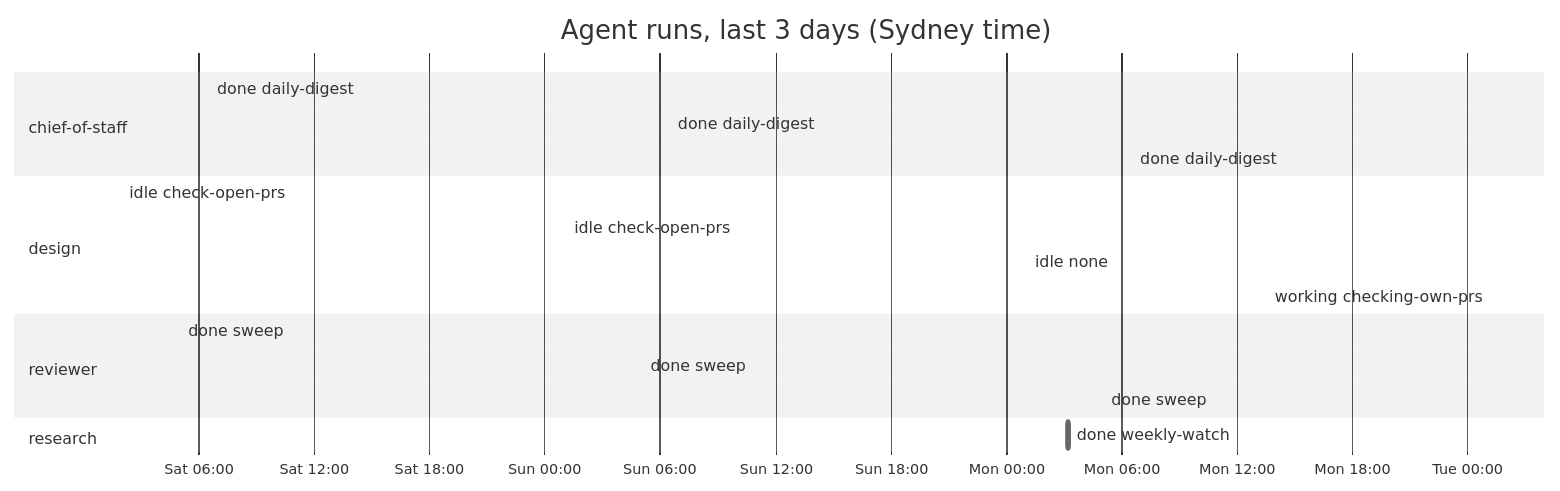
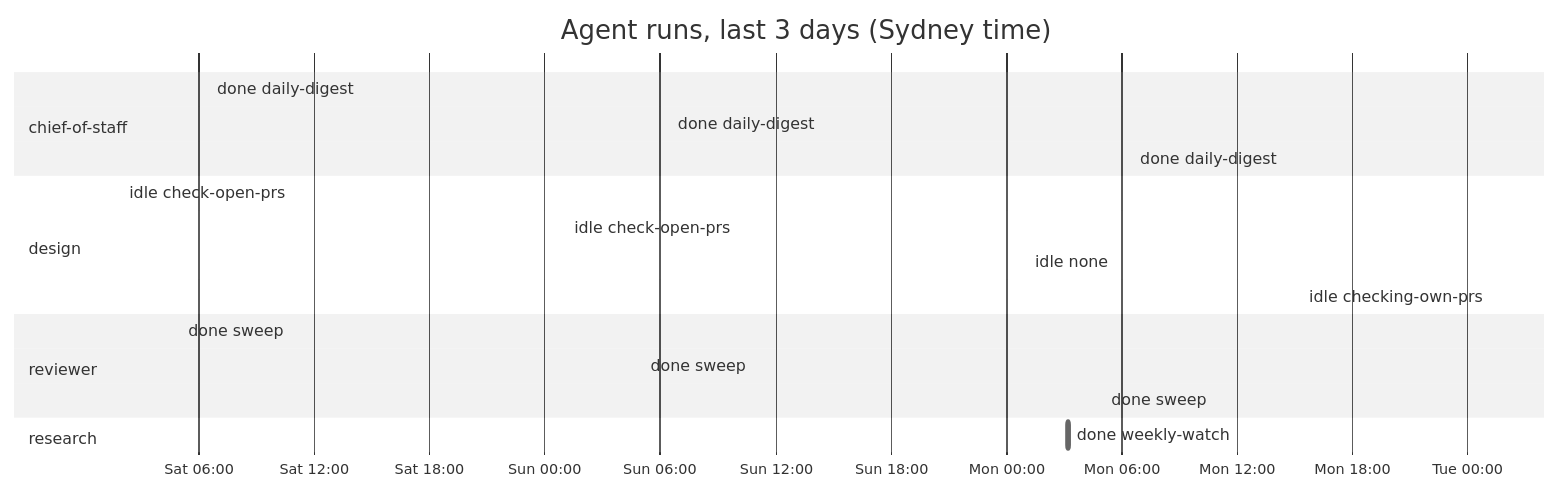
The diagram in dashboard.md (roulmediateam-byte/fifteen-expert-hq), drawn with Mermaid (neutral theme) before and after one commit. The commit also changed other lines of this file and 1 other file, not shown here.

````diff
--- a/dashboard.md
+++ b/dashboard.md
@@ -43,21 +43,21 @@
 ```mermaid
 gantt
     title Agent runs, last 3 days (Sydney time)
     dateFormat YYYY-MM-DD HH:mm
     axisFormat %a %H:%M
     section chief-of-staff
     done daily-digest :done, 2026-11-14 06:35, 2026-11-14 06:36
     done daily-digest :done, 2026-11-15 06:35, 2026-11-15 06:36
     done daily-digest :done, 2026-11-16 06:35, 2026-11-16 06:36
     section design
     idle check-open-prs :done, 2026-11-14 02:01, 2026-11-14 02:02
     idle check-open-prs :done, 2026-11-15 01:08, 2026-11-15 01:09
     idle none :done, 2026-11-16 01:08, 2026-11-16 01:08
-    working checking-own-prs :active, 2026-11-17 01:12, 2026-11-17 01:12
+    idle checking-own-prs :done, 2026-11-17 01:12, 2026-11-17 01:12
     section reviewer
     done sweep :done, 2026-11-14 05:05, 2026-11-14 05:06
     done sweep :done, 2026-11-15 05:07, 2026-11-15 05:08
     done sweep :done, 2026-11-16 05:05, 2026-11-16 05:06
     section research
     done weekly-watch :done, 2026-11-16 03:10, 2026-11-16 03:17
 ```
````
